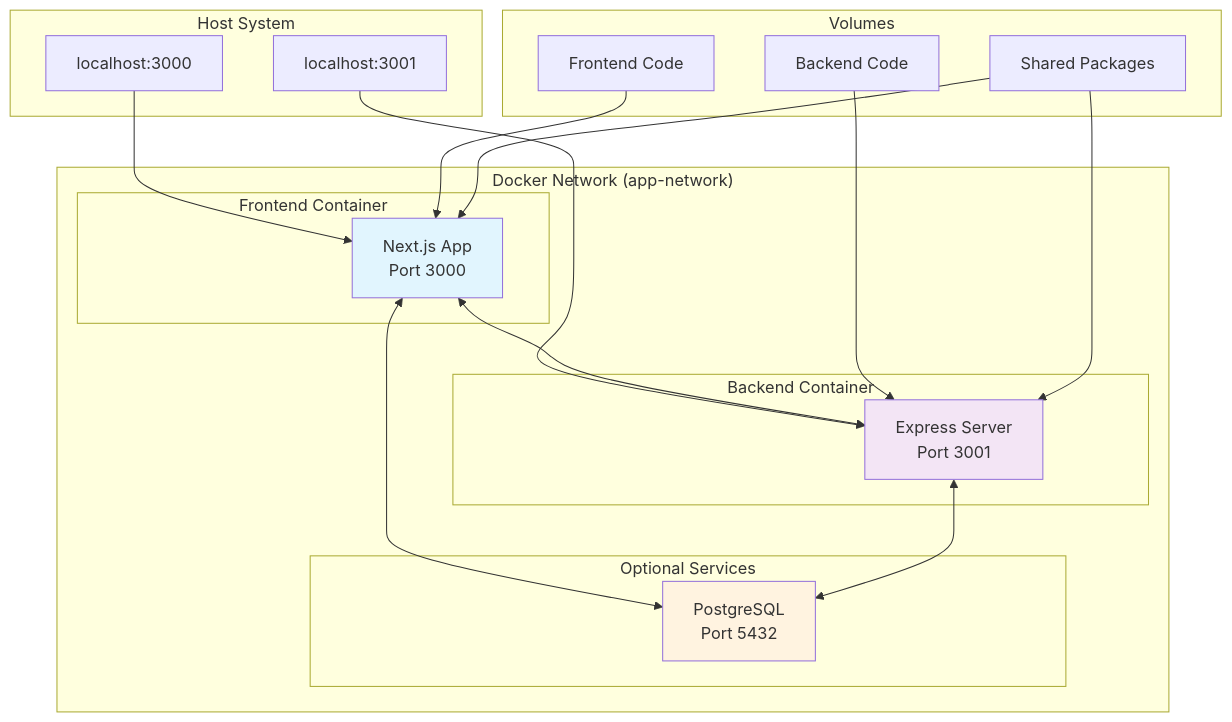
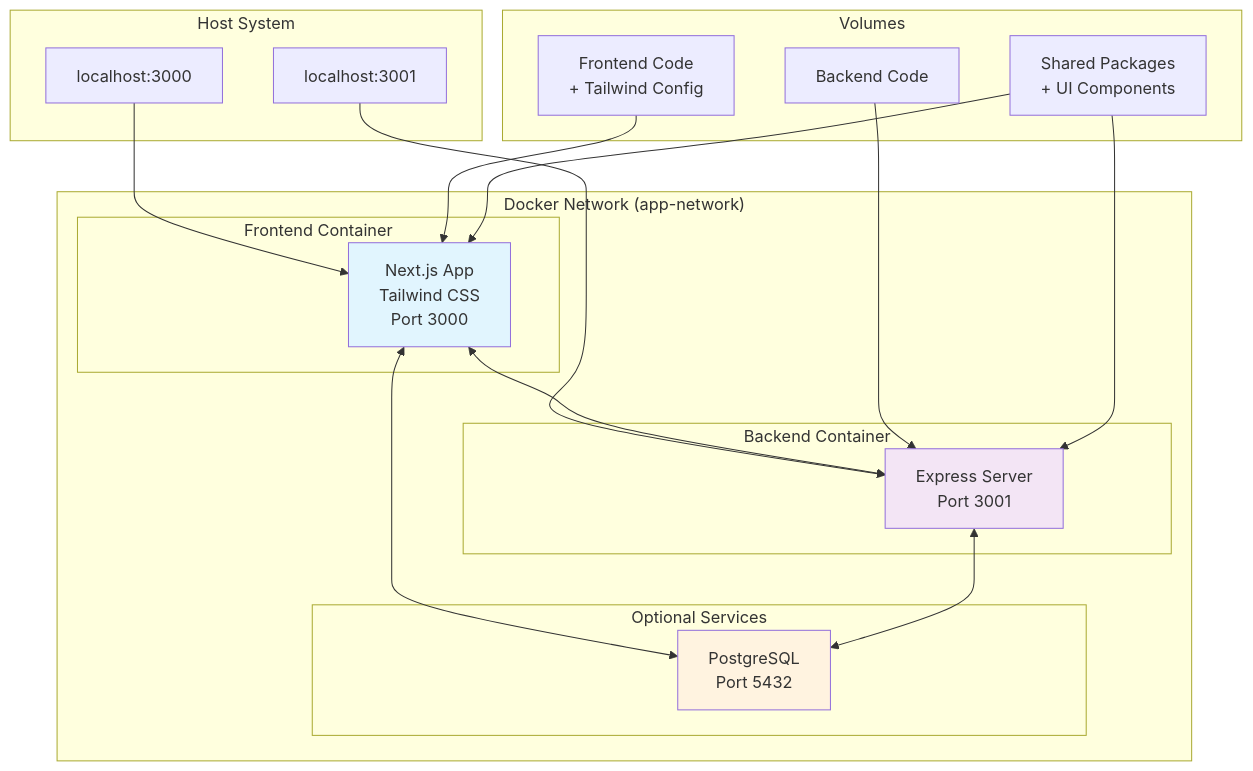
One commit to rjalexa/nextjs-fs-scaffold changed the fifth of 5 diagrams in README.md. Above: the diagram before and after it, drawn with Mermaid. The commit also changed other lines of this file and 18 other files, not shown here.

````diff
--- a/README.md
+++ b/README.md
@@ -330,42 +621,42 @@
 ```mermaid
 graph TB
     subgraph "Docker Network (app-network)"
         subgraph "Frontend Container"
-            FE_CONT[Next.js App<br/>Port 3000]
+            FE_CONT[Next.js App<br/>Tailwind CSS<br/>Port 3000]
         end
         
         subgraph "Backend Container"
             BE_CONT[Express Server<br/>Port 3001]
         end
         
         subgraph "Optional Services"
             PG[PostgreSQL<br/>Port 5432]
         end
     end
     
     subgraph "Host System"
         HOST_3000[localhost:3000]
         HOST_3001[localhost:3001]
     end
     
     subgraph "Volumes"
-        FE_VOL[Frontend Code]
+        FE_VOL[Frontend Code<br/>+ Tailwind Config]
         BE_VOL[Backend Code]
-        SHARED_VOL[Shared Packages]
+        SHARED_VOL[Shared Packages<br/>+ UI Components]
     end
     
     HOST_3000 --> FE_CONT
     HOST_3001 --> BE_CONT
     FE_CONT <--> BE_CONT
     FE_CONT <--> PG
     BE_CONT <--> PG
     
     FE_VOL --> FE_CONT
     BE_VOL --> BE_CONT
     SHARED_VOL --> FE_CONT
     SHARED_VOL --> BE_CONT
     
     style FE_CONT fill:#e1f5fe
     style BE_CONT fill:#f3e5f5
     style PG fill:#fff3e0
 ```
````
